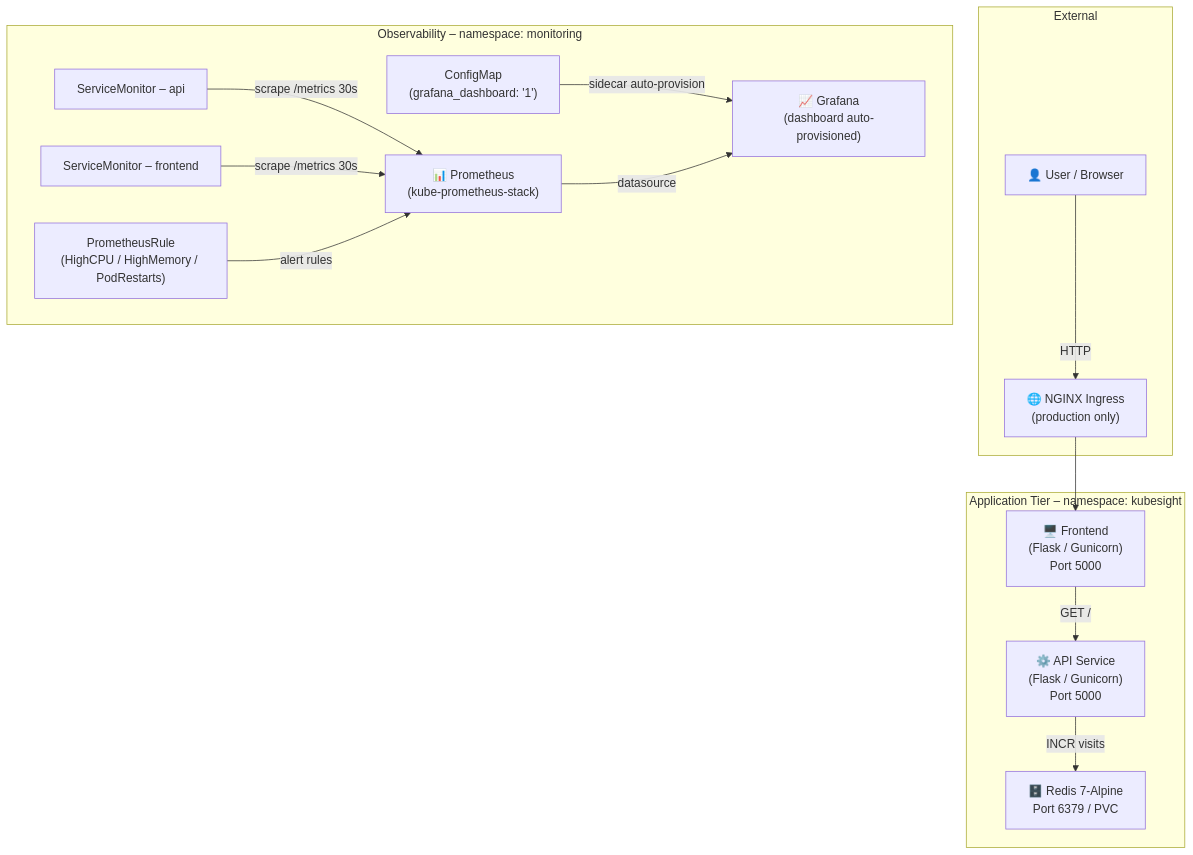
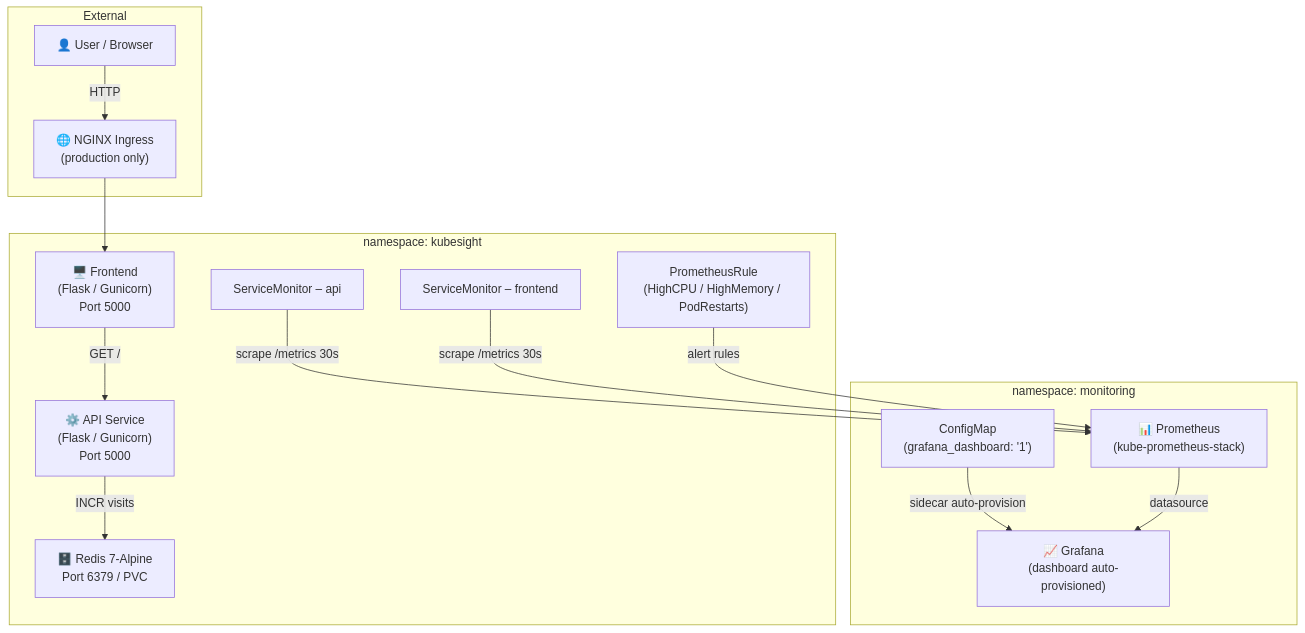
Before and after one commit to samkeerthana98/kubesight-production-observability: the diagram in README.md, drawn with Mermaid. The commit also changed other lines of this file and 10 other files, not shown here.

````diff
--- a/README.md
+++ b/README.md
@@ -36,33 +36,33 @@
 ```mermaid
 graph TB
     subgraph "External"
         User["👤 User / Browser"]
         Ingress["🌐 NGINX Ingress\n(production only)"]
     end
 
-    subgraph "Application Tier – namespace: kubesight"
+    subgraph "namespace: kubesight"
         Frontend["🖥️ Frontend\n(Flask / Gunicorn)\nPort 5000"]
         API["⚙️ API Service\n(Flask / Gunicorn)\nPort 5000"]
         Redis["🗄️ Redis 7-Alpine\nPort 6379 / PVC"]
-    end
-
-    subgraph "Observability – namespace: monitoring"
-        Prometheus["📊 Prometheus\n(kube-prometheus-stack)"]
-        Grafana["📈 Grafana\n(dashboard auto-provisioned)"]
         SMApi["ServiceMonitor – api"]
         SMFrontend["ServiceMonitor – frontend"]
         PRules["PrometheusRule\n(HighCPU / HighMemory / PodRestarts)"]
+    end
+
+    subgraph "namespace: monitoring"
+        Prometheus["📊 Prometheus\n(kube-prometheus-stack)"]
+        Grafana["📈 Grafana\n(dashboard auto-provisioned)"]
         GrafanaCM["ConfigMap\n(grafana_dashboard: '1')"]
     end
 
     User -->|HTTP| Ingress
     Ingress --> Frontend
     Frontend -->|GET /| API
     API -->|INCR visits| Redis
 
     SMApi -->|scrape /metrics 30s| Prometheus
     SMFrontend -->|scrape /metrics 30s| Prometheus
     PRules -->|alert rules| Prometheus
     GrafanaCM -->|sidecar auto-provision| Grafana
     Prometheus -->|datasource| Grafana
 ```
````
